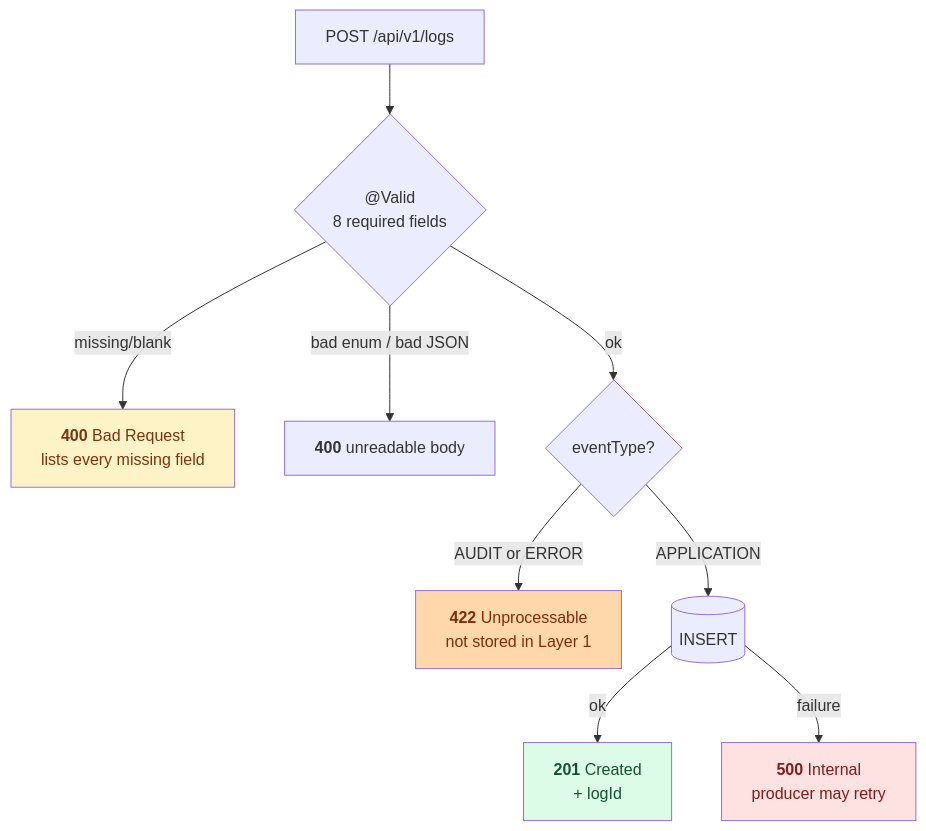
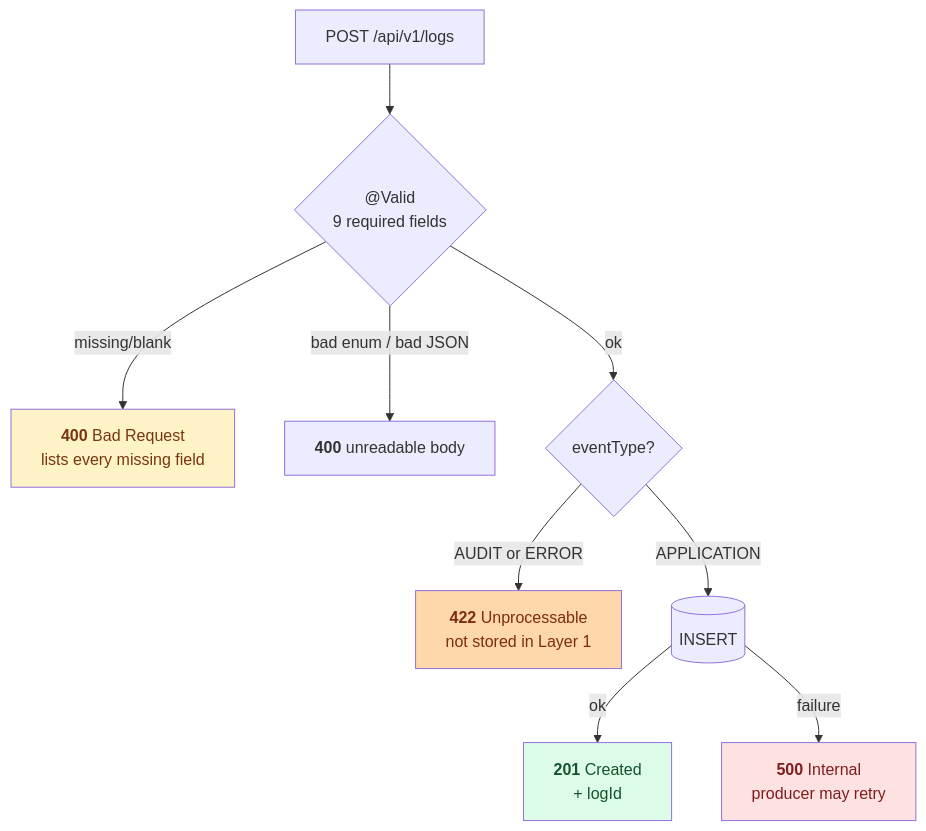
One commit to abhishjais01/Bharat_Bank changed diagram 13 of 18 in ARCHITECTURE.md. Above: the diagram before and after it, drawn with Mermaid. The commit also changed other lines of this file and 111 other files, not shown here.

````diff
--- a/ARCHITECTURE.md
+++ b/ARCHITECTURE.md
@@ -583,16 +624,16 @@
 ```mermaid
 flowchart TB
-    IN["POST /api/v1/logs"] --> V{"@Valid<br/>8 required fields"}
+    IN["POST /api/v1/logs"] --> V{"@Valid<br/>9 required fields"}
     V -->|missing/blank| E400["<b>400</b> Bad Request<br/>lists every missing field"]
     V -->|bad enum / bad JSON| E400B["<b>400</b> unreadable body"]
     V -->|ok| S{"eventType?"}
     S -->|AUDIT or ERROR| E422["<b>422</b> Unprocessable<br/>not stored in Layer 1"]
     S -->|APPLICATION| DB[("INSERT")]
     DB -->|ok| OK["<b>201</b> Created<br/>+ logId"]
     DB -->|failure| E500["<b>500</b> Internal<br/>producer may retry"]
 
     style OK fill:#dcfce7,color:#14532d
     style E400 fill:#fef3c7,color:#78350f
     style E422 fill:#fed7aa,color:#7c2d12
     style E500 fill:#fee2e2,color:#7f1d1d
 ```
````
